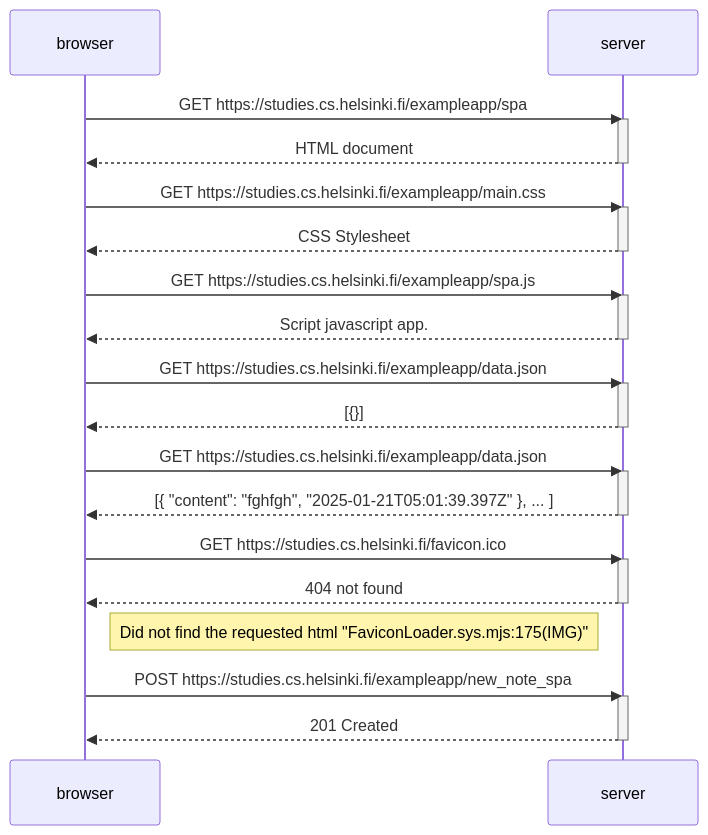
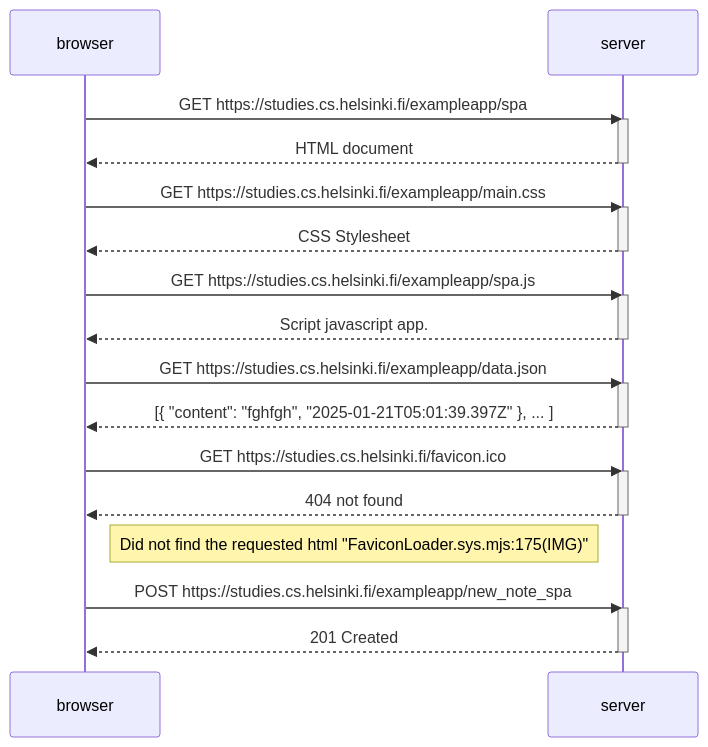
Before and after one commit to HaakonBM/fullstack: the diagram in Part_0/exercise_05.md, drawn with Mermaid.

Commit message:
updated 05

````diff
--- a/Part_0/exercise_05.md
+++ b/Part_0/exercise_05.md
@@ -3,44 +3,39 @@
 ```mermaid
     sequenceDiagram
         participant browser
         participant server
 
         browser->>server: GET https://studies.cs.helsinki.fi/exampleapp/spa
         activate server
         server-->>browser: HTML document
         deactivate server
 
         browser->>server: GET https://studies.cs.helsinki.fi/exampleapp/main.css
         activate server
         server-->>browser: CSS Stylesheet
         deactivate server
 
         browser->>server: GET https://studies.cs.helsinki.fi/exampleapp/spa.js
         activate server
         server-->>browser: Script javascript app.
         deactivate server
 
         browser->>server: GET https://studies.cs.helsinki.fi/exampleapp/data.json
         activate server
-        server-->>browser: [{}]
-        deactivate server
-
-        browser->>server: GET https://studies.cs.helsinki.fi/exampleapp/data.json
-        activate server
         server-->>browser: [{ "content": "fghfgh", "2025-01-21T05:01:39.397Z" }, ... ]
         deactivate server
 
         browser->>server: GET https://studies.cs.helsinki.fi/favicon.ico
         activate server
         server-->>browser: 404 not found
         deactivate server
 
         Note right of browser: Did not find the requested html "FaviconLoader.sys.mjs:175(IMG)"
 
         browser->>server: POST https://studies.cs.helsinki.fi/exampleapp/new_note_spa
         activate server
         server-->>browser: 201 Created 
         deactivate server
 
         
 ```
````
